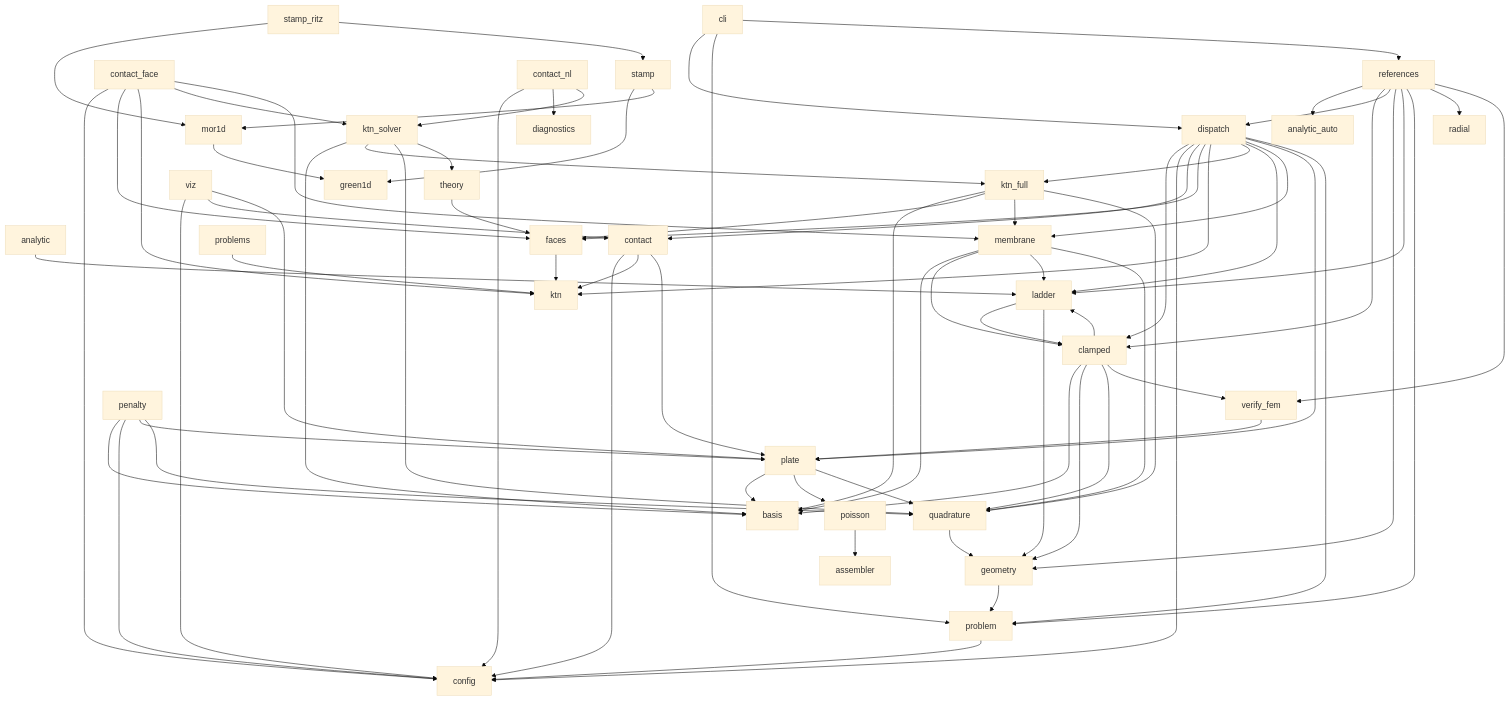
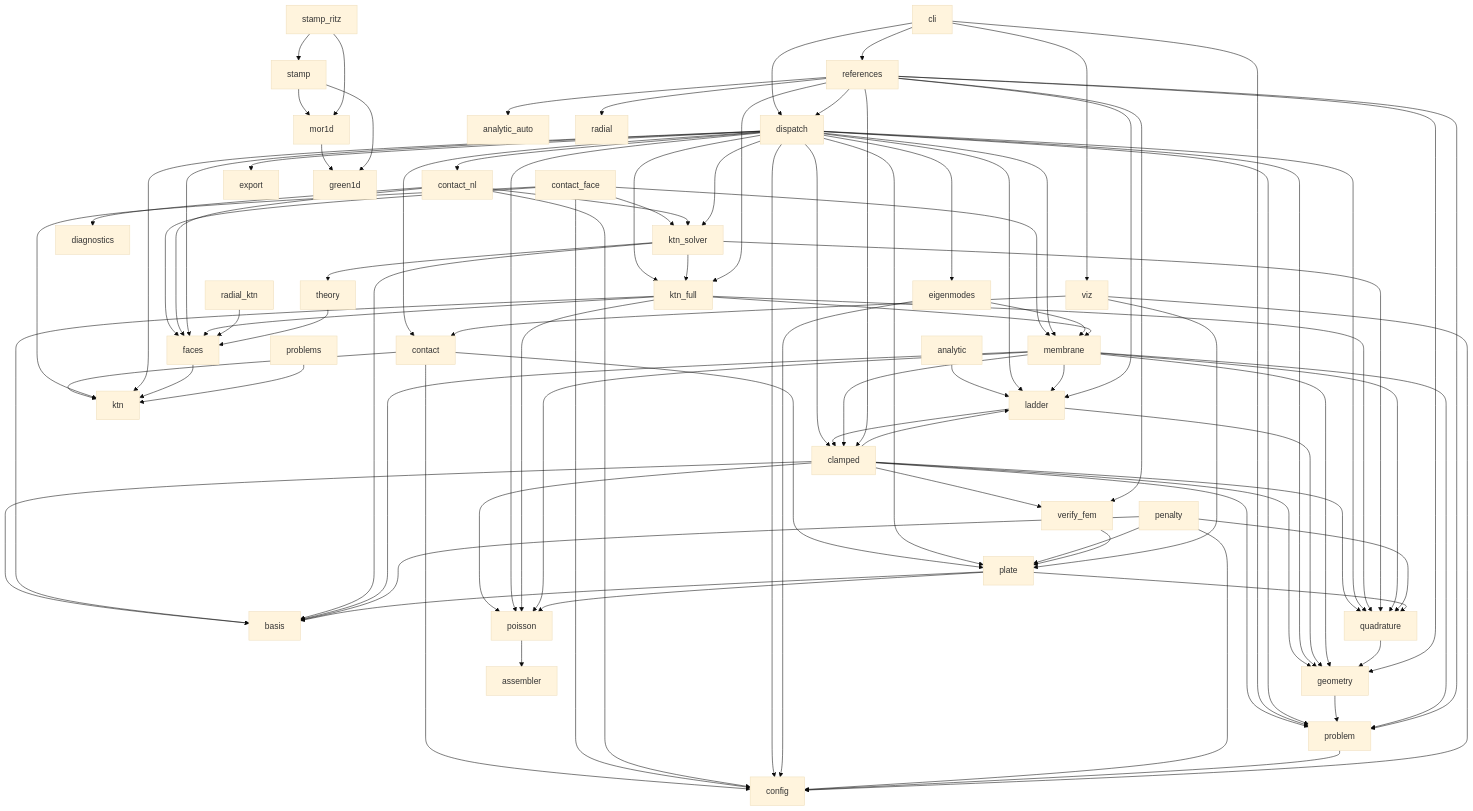
Before and after one commit to AnatoDu/plate-solver: the diagram in docs/ARCHITECTURE.md, drawn with Mermaid (base theme). The commit also changed other lines of this file and 49 other files, not shown here.

```diff
--- a/docs/ARCHITECTURE.md
+++ b/docs/ARCHITECTURE.md
@@ -55,11 +76,14 @@
     clamped --> basis
     clamped --> geometry
     clamped --> ladder
+    clamped --> poisson
+    clamped --> problem
     clamped --> quadrature
     clamped --> verify_fem
     cli --> dispatch
     cli --> problem
     cli --> references
+    cli --> viz
     contact --> config
     contact --> ktn
     contact --> plate
@@ -70,22 +94,33 @@
     contact_face --> membrane
     contact_nl --> config
     contact_nl --> diagnostics
+    contact_nl --> faces
     contact_nl --> ktn_solver
     dispatch --> clamped
     dispatch --> config
     dispatch --> contact
+    dispatch --> contact_nl
+    dispatch --> eigenmodes
+    dispatch --> export
     dispatch --> faces
+    dispatch --> geometry
     dispatch --> ktn
     dispatch --> ktn_full
+    dispatch --> ktn_solver
     dispatch --> ladder
     dispatch --> membrane
     dispatch --> plate
+    dispatch --> poisson
     dispatch --> problem
+    dispatch --> quadrature
+    eigenmodes --> config
+    eigenmodes --> membrane
     faces --> ktn
     geometry --> problem
     ktn_full --> basis
     ktn_full --> faces
     ktn_full --> membrane
+    ktn_full --> poisson
     ktn_full --> quadrature
     ktn_solver --> basis
     ktn_solver --> ktn_full
@@ -95,7 +130,10 @@
     ladder --> geometry
     membrane --> basis
     membrane --> clamped
+    membrane --> geometry
     membrane --> ladder
+    membrane --> poisson
+    membrane --> problem
     membrane --> quadrature
     mor1d --> green1d
     penalty --> basis
@@ -109,10 +147,12 @@
     problem --> config
     problems --> ktn
     quadrature --> geometry
+    radial_ktn --> faces
     references --> analytic_auto
     references --> clamped
     references --> dispatch
     references --> geometry
+    references --> ktn_full
     references --> ladder
     references --> problem
     references --> radial
```
